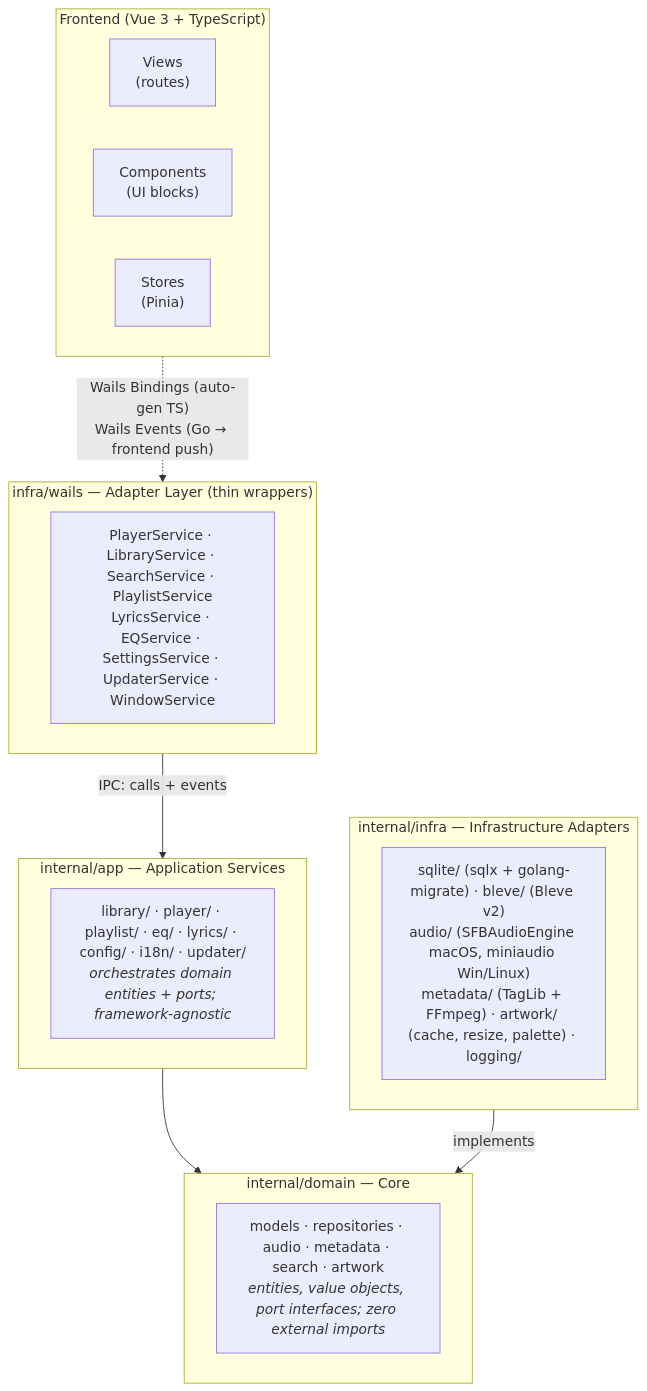
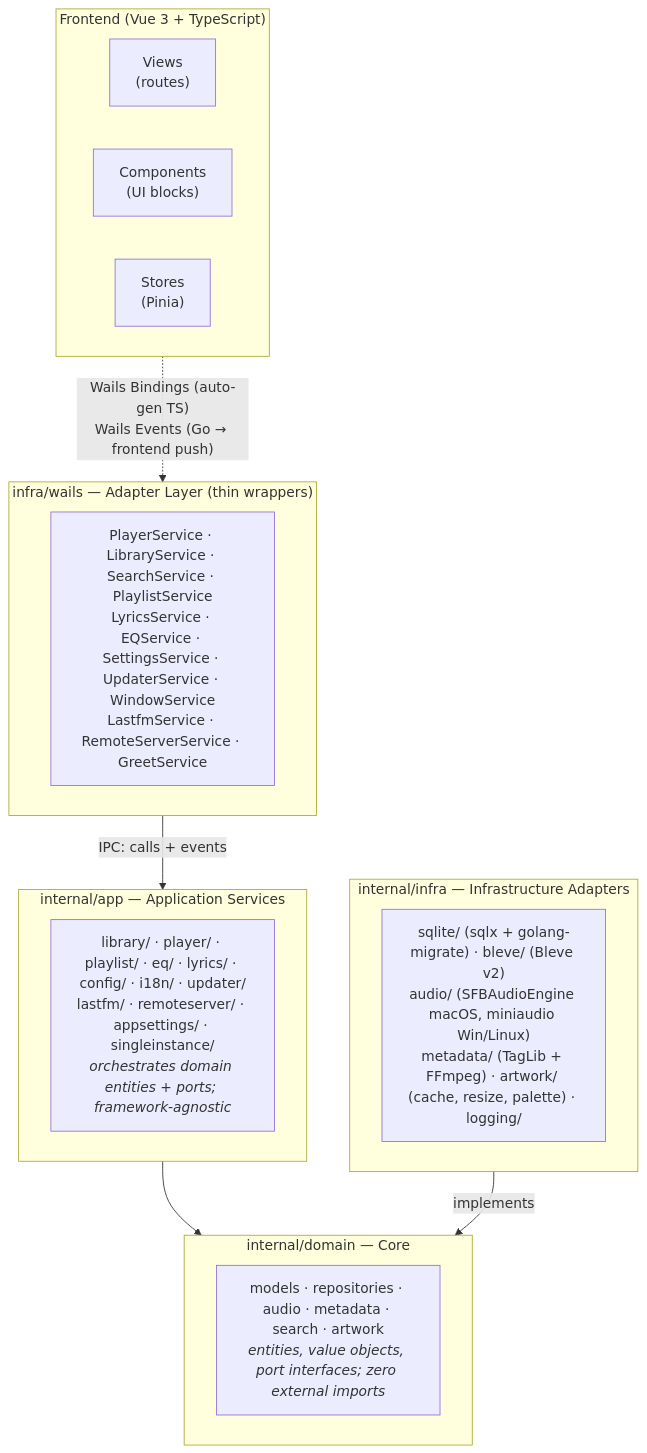
One commit to misa198/airmedy changed the first of 2 diagrams in catalog/architecture/README.md. Above: the diagram before and after it, drawn with Mermaid. The commit also changed other lines of this file, not shown here.

First line of the commit message:
docs(architecture): sync service inventory with code

````diff
--- a/catalog/architecture/README.md
+++ b/catalog/architecture/README.md
@@ -9,30 +9,30 @@
 ```mermaid
 flowchart TB
     subgraph FE["Frontend (Vue 3 + TypeScript)"]
         direction LR
         Views["Views<br/>(routes)"]
         Comps["Components<br/>(UI blocks)"]
         Stores["Stores<br/>(Pinia)"]
     end
     FE -.->|"Wails Bindings (auto-gen TS)<br/>Wails Events (Go → frontend push)"| WAILS
 
     subgraph WAILS["infra/wails — Adapter Layer (thin wrappers)"]
-        Adapters["PlayerService · LibraryService · SearchService · PlaylistService<br/>LyricsService · EQService · SettingsService · UpdaterService · WindowService"]
+        Adapters["PlayerService · LibraryService · SearchService · PlaylistService<br/>LyricsService · EQService · SettingsService · UpdaterService · WindowService<br/>LastfmService · RemoteServerService · GreetService"]
     end
 
     subgraph APP["internal/app — Application Services"]
-        AppSvc["library/ · player/ · playlist/ · eq/ · lyrics/ · config/ · i18n/ · updater/<br/><i>orchestrates domain entities + ports; framework-agnostic</i>"]
+        AppSvc["library/ · player/ · playlist/ · eq/ · lyrics/ · config/ · i18n/ · updater/<br/>lastfm/ · remoteserver/ · appsettings/ · singleinstance/<br/><i>orchestrates domain entities + ports; framework-agnostic</i>"]
     end
 
     subgraph DOMAIN["internal/domain — Core"]
         Dom["models · repositories · audio · metadata · search · artwork<br/><i>entities, value objects, port interfaces; zero external imports</i>"]
     end
 
     subgraph INFRA["internal/infra — Infrastructure Adapters"]
         Inf["sqlite/ (sqlx + golang-migrate) · bleve/ (Bleve v2)<br/>audio/ (SFBAudioEngine macOS, miniaudio Win/Linux)<br/>metadata/ (TagLib + FFmpeg) · artwork/ (cache, resize, palette) · logging/"]
     end
 
     WAILS -->|"IPC: calls + events"| APP
     APP --> DOMAIN
     INFRA -->|implements| DOMAIN
 ```
````
